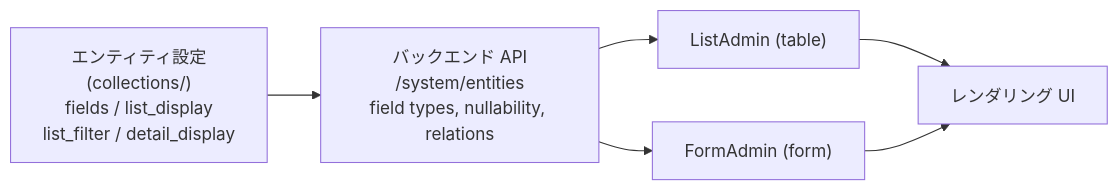
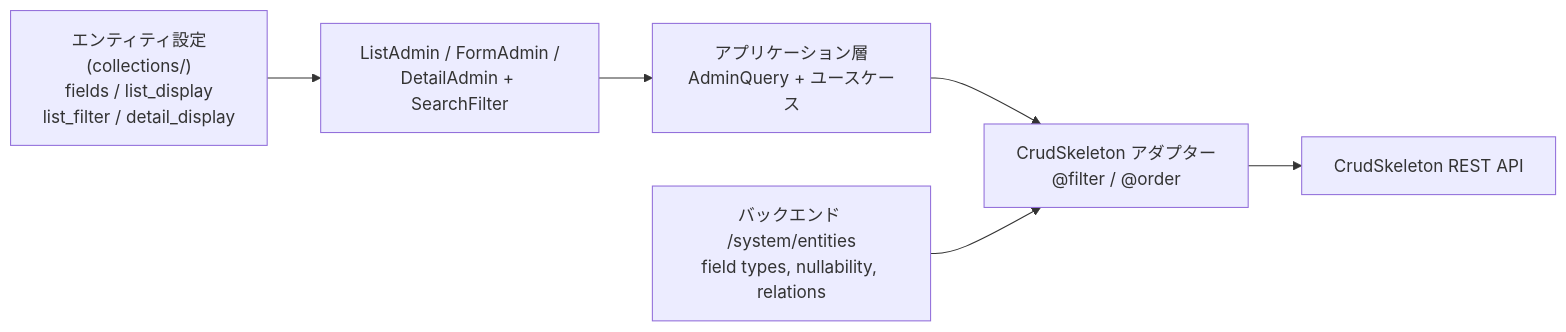
The diagram in README.ja.md (immane/crud-admin), drawn with Mermaid before and after one commit. The commit also changed other lines of this file and 3 other files, not shown here.

First line of the commit message:
docs(README): replace engine diagram and complete structure audit

````diff
--- a/README.ja.md
+++ b/README.ja.md
@@ -239,8 +239,8 @@
 ```mermaid
 flowchart LR
-    Config["エンティティ設定<br/>(collections/)<br/>fields / list_display<br/>list_filter / detail_display"] --> Meta["バックエンド API<br/>/system/entities<br/>field types, nullability, relations"]
-    Meta --> List["ListAdmin (table)"]
-    Meta --> Form["FormAdmin (form)"]
-    List --> UI["レンダリング UI"]
-    Form --> UI
+    Config["エンティティ設定<br/>(collections/)<br/>fields / list_display<br/>list_filter / detail_display"] --> UI["ListAdmin / FormAdmin /<br/>DetailAdmin + SearchFilter"]
+    UI --> Query["アプリケーション層<br/>AdminQuery + ユースケース"]
+    Query --> CSQE["CrudSkeleton アダプター<br/>@filter / @order"]
+    Meta["バックエンド /system/entities<br/>field types, nullability, relations"] --> CSQE
+    CSQE --> API["CrudSkeleton REST API"]
 ```
````
